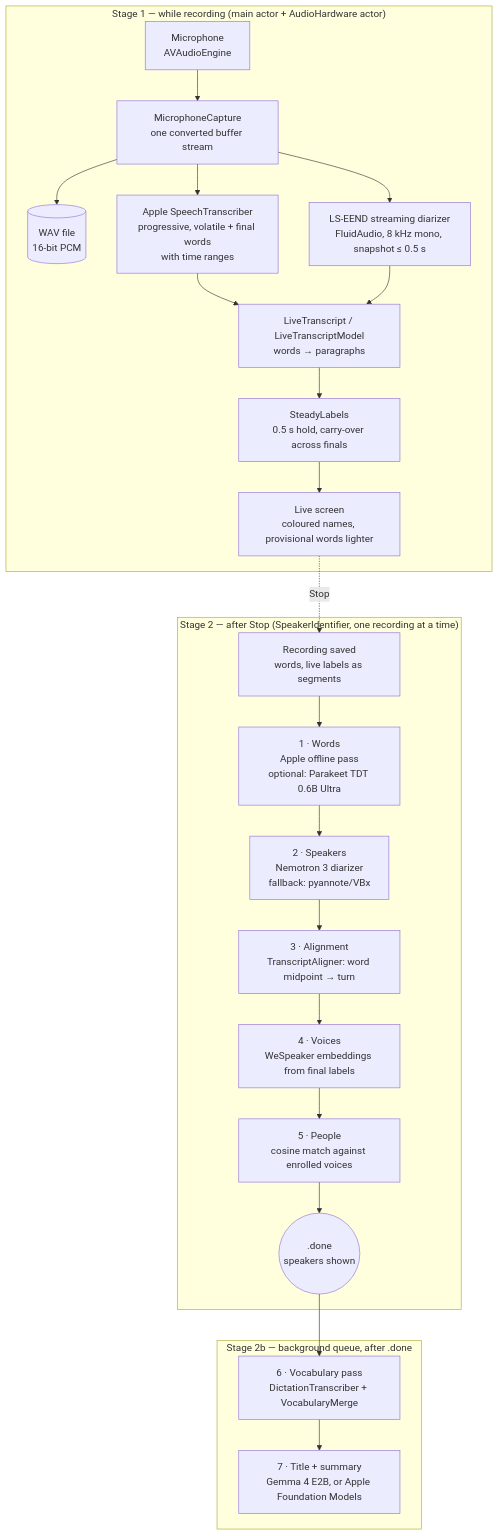
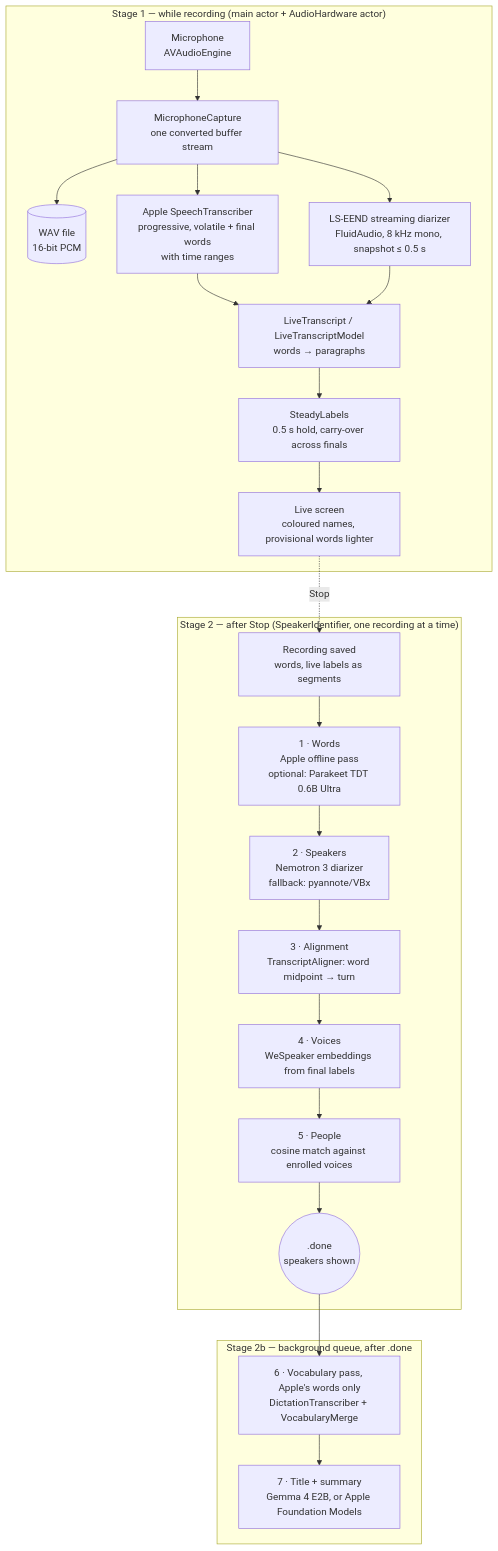
Before and after one commit to timtody/Feder: the first of 4 diagrams in PIPELINE.md, drawn with Mermaid. The commit also changed other lines of this file and 11 other files, not shown here.

Commit message:
FED-204: Parakeet's words get the vocabulary's spelling, no Dictation pass

````diff
--- a/PIPELINE.md
+++ b/PIPELINE.md
@@ -9,29 +9,29 @@
 ```mermaid
 flowchart TB
     subgraph LIVE["Stage 1 — while recording (main actor + AudioHardware actor)"]
         MIC[Microphone<br/>AVAudioEngine] --> CAP[MicrophoneCapture<br/>one converted buffer stream]
         CAP --> WAV[(WAV file<br/>16-bit PCM)]
         CAP --> ASR[Apple SpeechTranscriber<br/>progressive, volatile + final words<br/>with time ranges]
         CAP --> LSE[LS-EEND streaming diarizer<br/>FluidAudio, 8 kHz mono, snapshot ≤ 0.5 s]
         ASR --> LT[LiveTranscript / LiveTranscriptModel<br/>words → paragraphs]
         LSE --> LT
         LT --> SL[SteadyLabels<br/>0.5 s hold, carry-over across finals]
         SL --> UI1[Live screen<br/>coloured names, provisional words lighter]
     end
 
     UI1 -. Stop .-> SAVE[Recording saved<br/>words, live labels as segments]
 
     subgraph POST["Stage 2 — after Stop (SpeakerIdentifier, one recording at a time)"]
         SAVE --> W[1 · Words<br/>Apple offline pass<br/>optional: Parakeet TDT 0.6B Ultra]
         W --> D[2 · Speakers<br/>Nemotron 3 diarizer<br/>fallback: pyannote/VBx]
         D --> AL[3 · Alignment<br/>TranscriptAligner: word midpoint → turn]
         AL --> V[4 · Voices<br/>WeSpeaker embeddings from final labels]
         V --> P[5 · People<br/>cosine match against enrolled voices]
         P --> DONE((.done<br/>speakers shown))
     end
 
     subgraph BG["Stage 2b — background queue, after .done"]
-        DONE --> VOC[6 · Vocabulary pass<br/>DictationTranscriber + VocabularyMerge]
+        DONE --> VOC[6 · Vocabulary pass, Apple's words only<br/>DictationTranscriber + VocabularyMerge]
         VOC --> SUM[7 · Title + summary<br/>Gemma 4 E2B, or Apple Foundation Models]
     end
 ```
````
